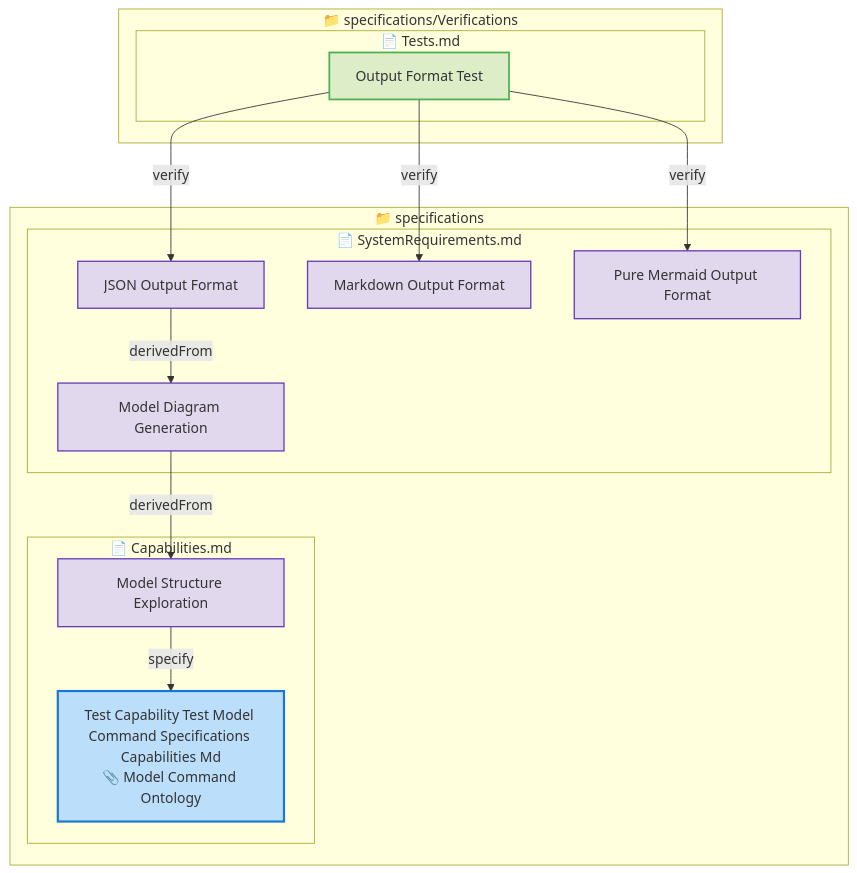
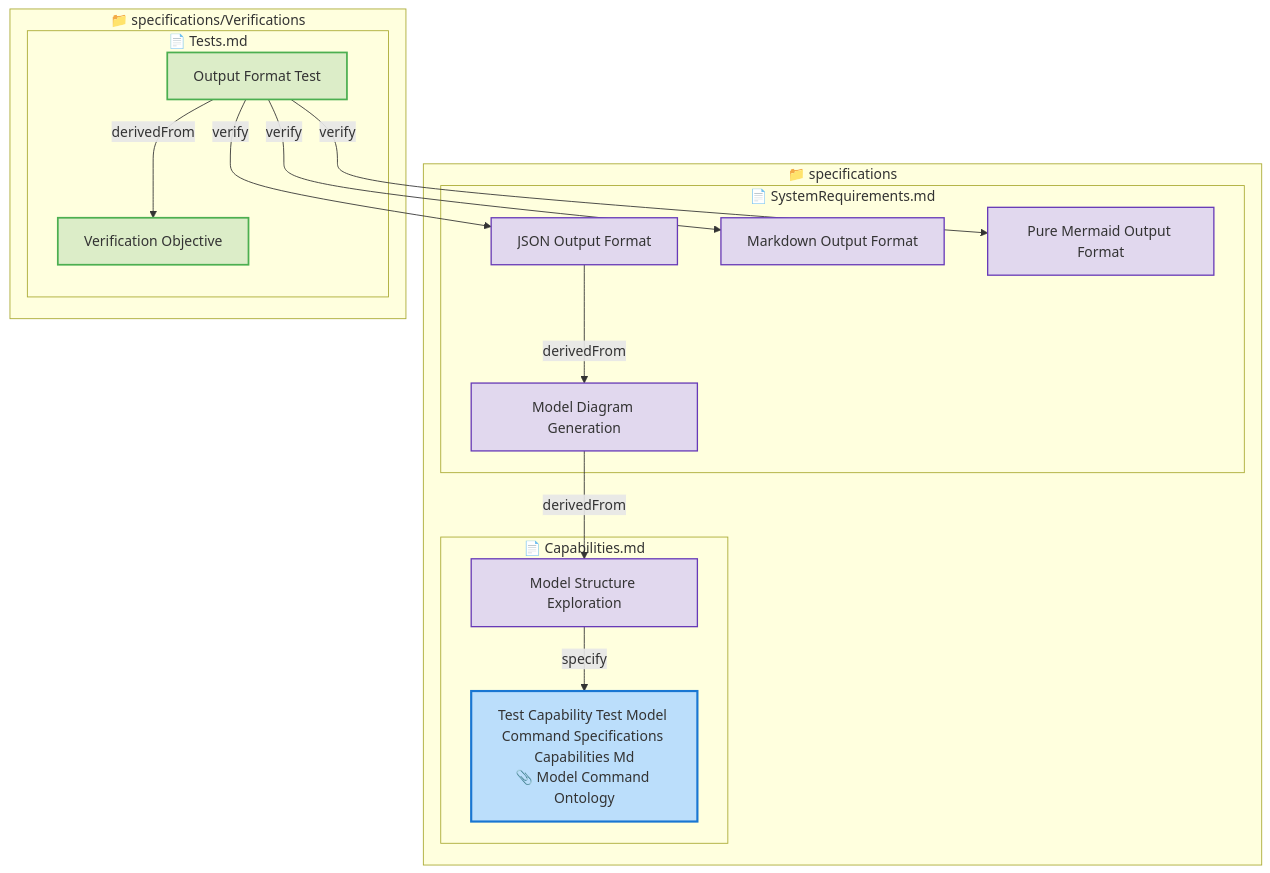
One commit to reqvire-org/reqvire changed the fifth of 6 diagrams in tests/test-model-command/expected/expected_reverse_filter_output.md. Above: the diagram before and after it, drawn with Mermaid. The commit also changed other lines of this file and 134 other files, not shown here.

````diff
--- a/tests/test-model-command/expected/expected_reverse_filter_output.md
+++ b/tests/test-model-command/expected/expected_reverse_filter_output.md
@@ -203,49 +219,53 @@
 ```mermaid
 graph TD
   classDef capability fill:#BBDEFB,stroke:#1976D2,stroke-width:2.5px;
   classDef systemRequirement fill:#E1D8EE,stroke:#673AB7,stroke-width:1.5px;
   classDef ontology fill:#F4E3A1,stroke:#B08A00,stroke-width:2px;
   classDef verification fill:#DCEDC8,stroke:#4CAF50,stroke-width:2px;
   classDef default fill:#F5F5F5,stroke:#424242,stroke-width:1.5px;
 
   classDef folder fill:#FAFAFA,stroke:#9E9E9E,stroke-width:3px;
   classDef file fill:#FFF8E1,stroke:#FFCA28,stroke-width:2px;
 
   subgraph 9d68b769fcbc79d0["📁 specifications"]
     subgraph afe26fd45621e6a["📄 Capabilities.md"]
       458b8fd2c32e6014["Model Structure Exploration"];
       class 458b8fd2c32e6014 systemRequirement;
       click 458b8fd2c32e6014 "specifications/Capabilities.md#model-structure-exploration";
       8c7466173ee6b05d["Test Capability Test Model Command Specifications Capabilities Md<br/>📎 Model Command Ontology"];
       class 8c7466173ee6b05d capability;
       click 8c7466173ee6b05d "specifications/Capabilities.md#test-capability-test-model-command-specifications-capabilities-md";
     end
     subgraph 77808752d543f615["📄 SystemRequirements.md"]
       5abb4a3caae293d9["JSON Output Format"];
       class 5abb4a3caae293d9 systemRequirement;
       click 5abb4a3caae293d9 "specifications/SystemRequirements.md#json-output-format";
       25879bdc5e196bec["Markdown Output Format"];
       class 25879bdc5e196bec systemRequirement;
       click 25879bdc5e196bec "specifications/SystemRequirements.md#markdown-output-format";
       b7ec4bb3813f1dea["Model Diagram Generation"];
       class b7ec4bb3813f1dea systemRequirement;
       click b7ec4bb3813f1dea "specifications/SystemRequirements.md#model-diagram-generation";
       28d69f5dca868721["Pure Mermaid Output Format"];
       class 28d69f5dca868721 systemRequirement;
       click 28d69f5dca868721 "specifications/SystemRequirements.md#pure-mermaid-output-format";
     end
   end
   subgraph 9f0649e759bd2822["📁 specifications/Verifications"]
     subgraph 7d9dffd79ed1d5b8["📄 Tests.md"]
       2f7b3b3deb29891d["Output Format Test"];
       class 2f7b3b3deb29891d verification;
       click 2f7b3b3deb29891d "specifications/Verifications/Tests.md#output-format-test";
+      ca7cfe254517fe63["Verification Objective"];
+      class ca7cfe254517fe63 verification;
+      click ca7cfe254517fe63 "specifications/Verifications/Tests.md#verification-objective";
     end
   end
+  2f7b3b3deb29891d -->|derivedFrom| ca7cfe254517fe63;
   2f7b3b3deb29891d -->|verify| 5abb4a3caae293d9;
   5abb4a3caae293d9 -->|derivedFrom| b7ec4bb3813f1dea;
   b7ec4bb3813f1dea -->|derivedFrom| 458b8fd2c32e6014;
   458b8fd2c32e6014 -->|specify| 8c7466173ee6b05d;
   2f7b3b3deb29891d -->|verify| 25879bdc5e196bec;
   2f7b3b3deb29891d -->|verify| 28d69f5dca868721;
 ```
````
